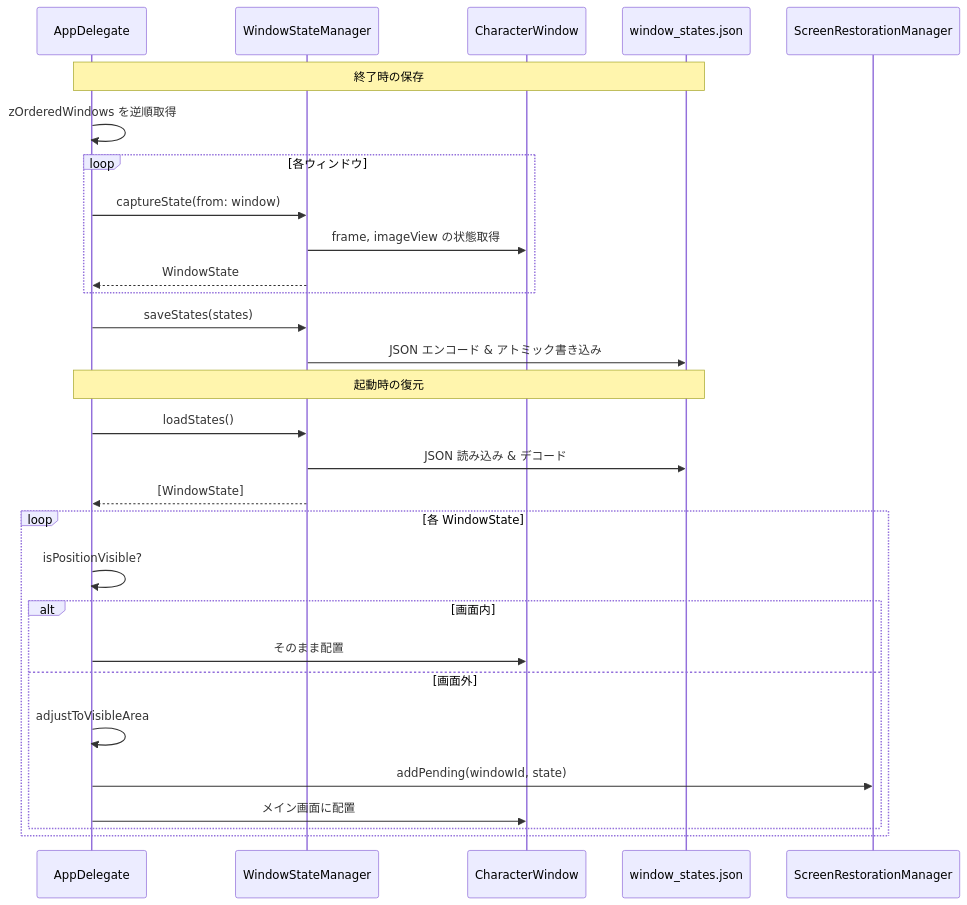
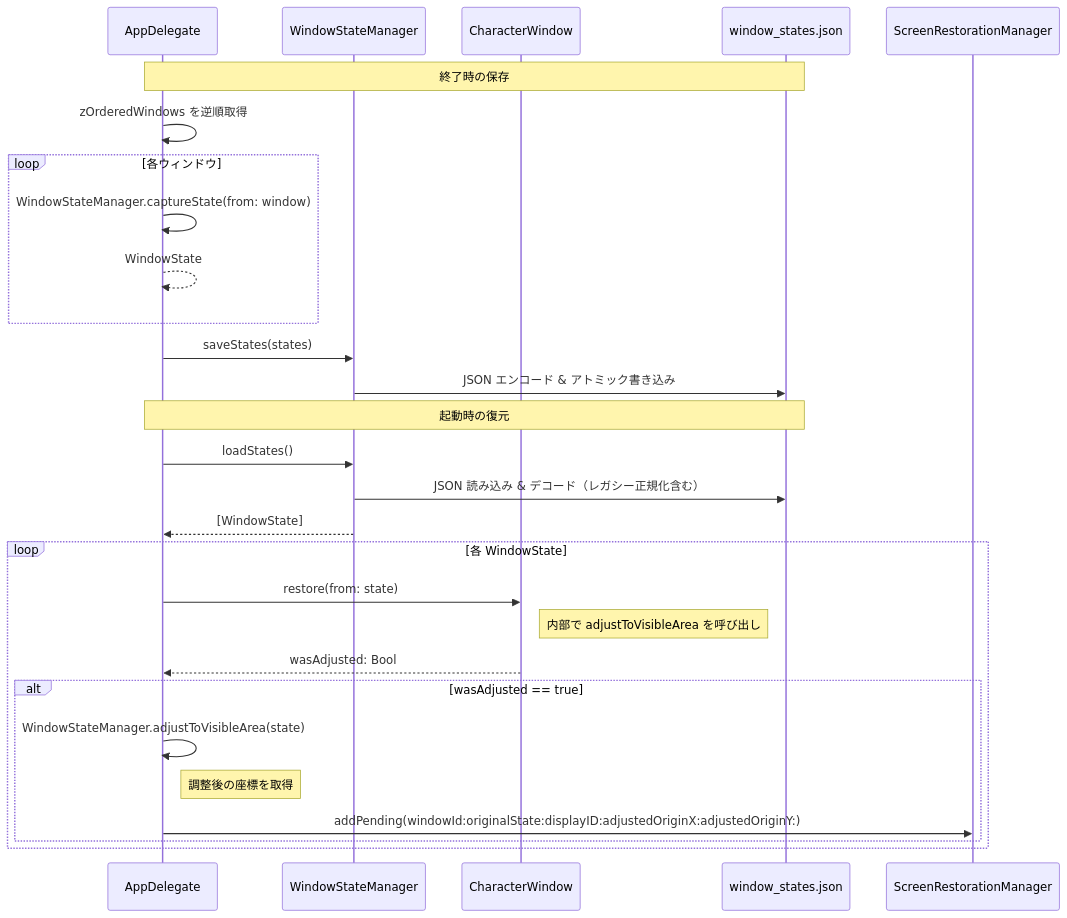
The first of 2 diagrams in docs/guide/data-flow.md (shiroemons/sobani), drawn with Mermaid before and after one commit. The commit also changed other lines of this file and 3 other files, not shown here.

````diff
--- a/docs/guide/data-flow.md
+++ b/docs/guide/data-flow.md
@@ -54,33 +56,32 @@
 ```mermaid
 sequenceDiagram
     participant App as AppDelegate
     participant WSM as WindowStateManager
     participant CW as CharacterWindow
     participant FS as window_states.json
     participant SRM as ScreenRestorationManager
 
     Note over App,FS: 終了時の保存
     App->>App: zOrderedWindows を逆順取得
     loop 各ウィンドウ
-        App->>WSM: captureState(from: window)
-        WSM->>CW: frame, imageView の状態取得
-        WSM-->>App: WindowState
+        App->>App: WindowStateManager.captureState(from: window)
+        App-->>App: WindowState
     end
     App->>WSM: saveStates(states)
     WSM->>FS: JSON エンコード & アトミック書き込み
 
     Note over App,FS: 起動時の復元
     App->>WSM: loadStates()
-    WSM->>FS: JSON 読み込み & デコード
+    WSM->>FS: JSON 読み込み & デコード（レガシー正規化含む）
     WSM-->>App: [WindowState]
     loop 各 WindowState
-        App->>App: isPositionVisible?
-        alt 画面内
-            App->>CW: そのまま配置
-        else 画面外
-            App->>App: adjustToVisibleArea
-            App->>SRM: addPending(windowId, state)
-            App->>CW: メイン画面に配置
+        App->>CW: restore(from: state)
+        Note right of CW: 内部で adjustToVisibleArea を呼び出し
+        CW-->>App: wasAdjusted: Bool
+        alt wasAdjusted == true
+            App->>App: WindowStateManager.adjustToVisibleArea(state)
+            Note right of App: 調整後の座標を取得
+            App->>SRM: addPending(windowId:originalState:displayID:adjustedOriginX:adjustedOriginY:)
         end
     end
 ```
````
